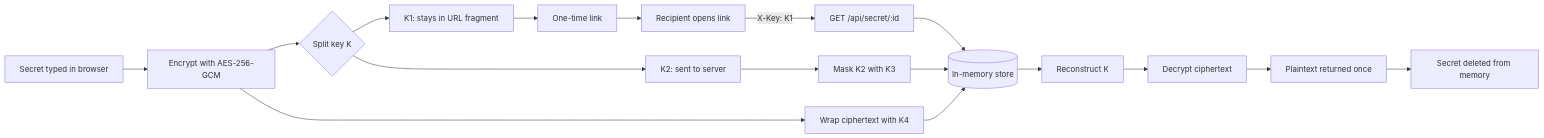
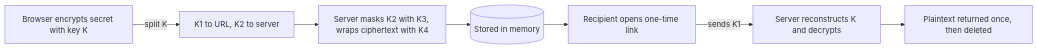
Before and after one commit to MALTOisHERE/onlyonce: the diagram in README.md, drawn with Mermaid.

````diff
--- a/README.md
+++ b/README.md
@@ -20,21 +20,9 @@
 ```mermaid
 flowchart LR
-    A[Secret typed in browser] --> B[Encrypt with AES-256-GCM]
-    B --> C{Split key K}
-    C --> D[K1: stays in URL fragment]
-    C --> E[K2: sent to server]
-
-    E --> F[Mask K2 with K3]
-    B --> G[Wrap ciphertext with K4]
-    F --> H[(In-memory store)]
-    G --> H
-
-    D --> I[One-time link]
-    I --> J[Recipient opens link]
-    J -->|X-Key: K1| K[GET /api/secret/:id]
-    K --> H
-    H --> L[Reconstruct K]
-    L --> M[Decrypt ciphertext]
-    M --> N[Plaintext returned once]
-    N --> O[Secret deleted from memory]
+    A[Browser encrypts secret with key K] -->|split K| B[K1 to URL, K2 to server]
+    B --> C[Server masks K2 with K3, wraps ciphertext with K4]
+    C --> D[(Stored in memory)]
+    D --> E[Recipient opens one-time link]
+    E -->|sends K1| F[Server reconstructs K and decrypts]
+    F --> G[Plaintext returned once, then deleted]
 ```
````
